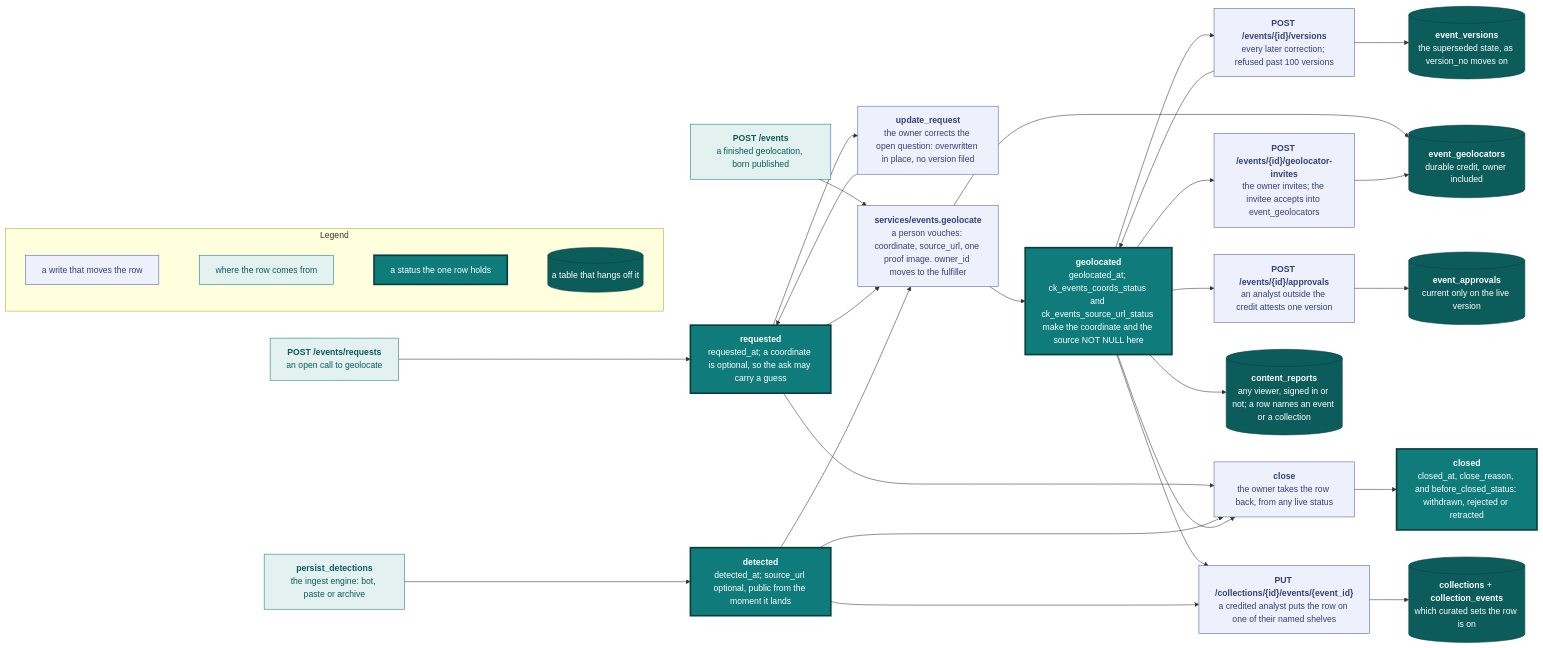
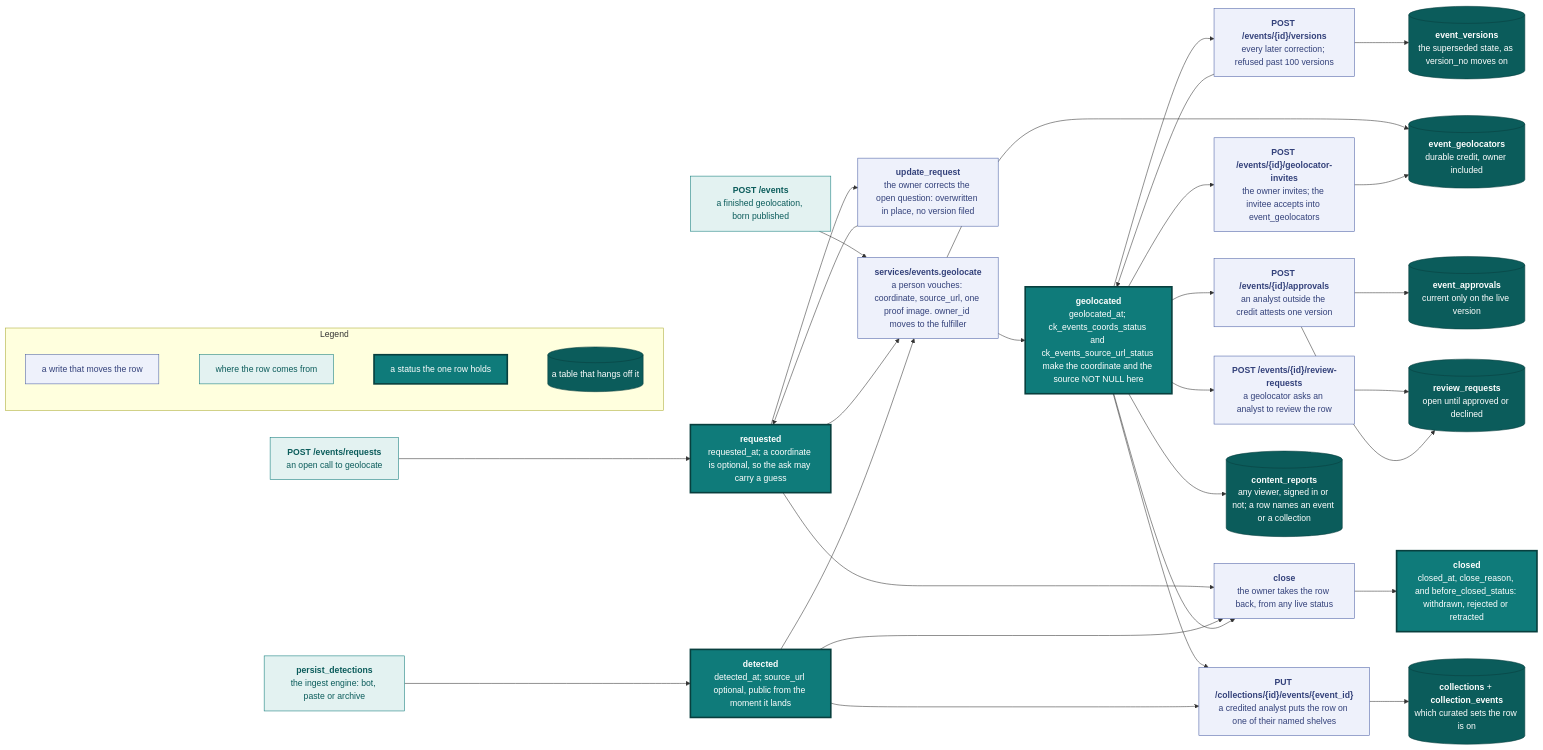
One commit to vidithq/vidit changed the first of 2 diagrams in docs/data-model.md. Above: the diagram before and after it, drawn with Mermaid. The commit also changed other lines of this file and 39 other files, not shown here.

First line of the commit message:
feat: let analysts request a review from an analyst (#573)

```diff
--- a/docs/data-model.md
+++ b/docs/data-model.md
@@ -53,6 +53,10 @@
   an analyst outside the credit attests one version`"]:::spec
   approvals[("`**event_approvals**
   current only on the live version`")]:::store
+  ask_review["`**POST /events/{id}/review-requests**
+  a geolocator asks an analyst to review the row`"]:::spec
+  review_requests[("`**review_requests**
+  open until approved or declined`")]:::store
   reports[("`**content_reports**
   any viewer, signed in or not; a row names an event or a collection`")]:::store
   shelve["`**PUT /collections/{id}/events/{event_id}**
@@ -71,6 +75,8 @@
   geolocated --> invite --> credit
   version --> versions
   geolocated --> approve --> approvals
+  geolocated --> ask_review --> review_requests
+  approve --> review_requests
   requested --> close
   detected --> close
   geolocated --> close
```
